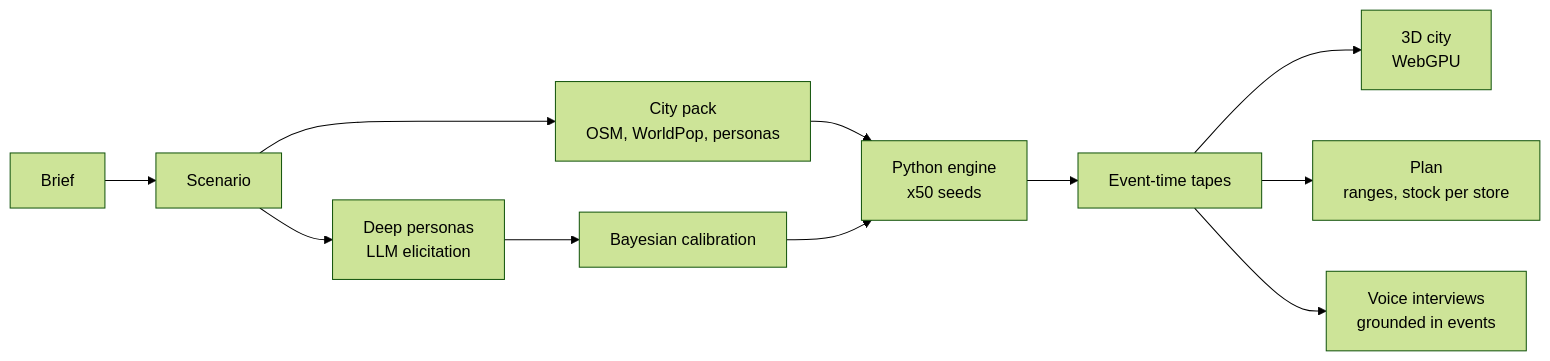
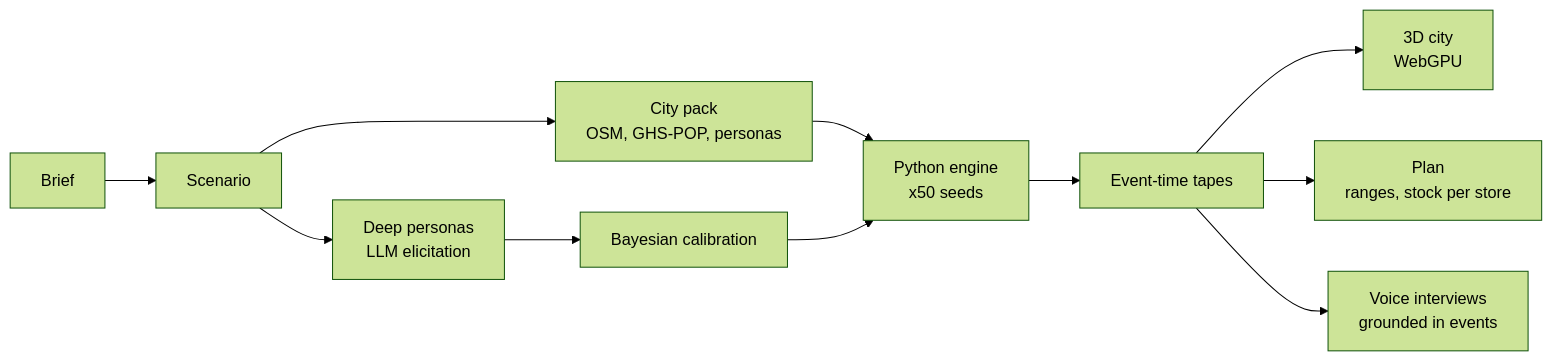
The diagram in README.md (shre111/twinlight), drawn with Mermaid (forest theme) before and after one commit. The commit also changed other lines of this file and 5 other files, not shown here.

````diff
--- a/README.md
+++ b/README.md
@@ -22,13 +22,13 @@
 ```mermaid
 flowchart LR
   Brief --> Scenario
-  Scenario --> CityPack[City pack<br/>OSM, WorldPop, personas]
+  Scenario --> CityPack[City pack<br/>OSM, GHS-POP, personas]
   Scenario --> Personas[Deep personas<br/>LLM elicitation]
   Personas --> Calibration[Bayesian calibration]
   CityPack --> Engine[Python engine<br/>x50 seeds]
   Calibration --> Engine
   Engine --> Tapes[Event-time tapes]
   Tapes --> Stage[3D city<br/>WebGPU]
   Tapes --> Plan[Plan<br/>ranges, stock per store]
   Tapes --> Interviews[Voice interviews<br/>grounded in events]
 ```
````
